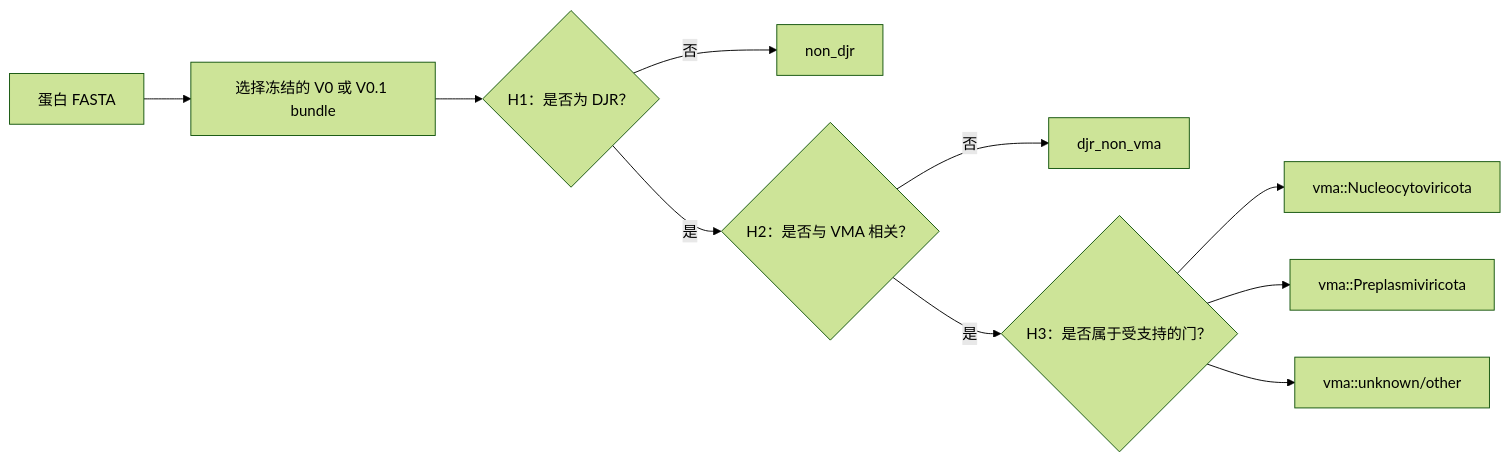
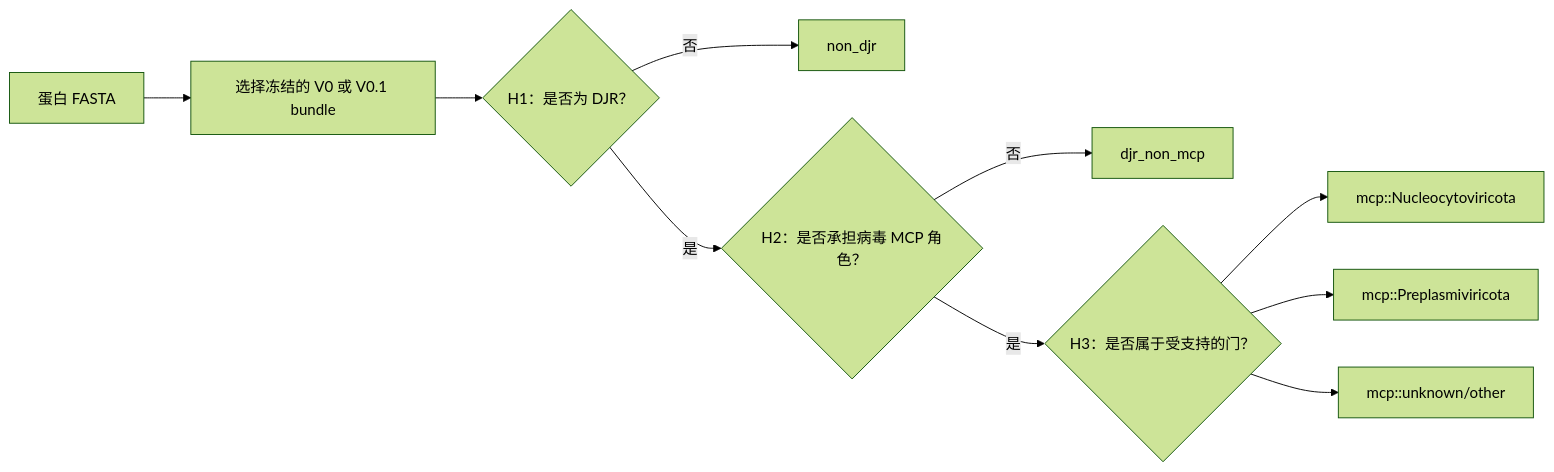
One commit to Hongda-Zhao/DJR-MCP-Finder changed the diagram in README.cn.md. Above: the diagram before and after it, drawn with Mermaid (forest theme). The commit also changed other lines of this file and 42 other files, not shown here.

````diff
--- a/README.cn.md
+++ b/README.cn.md
@@ -29,12 +29,12 @@
 ```mermaid
 flowchart LR
     A["蛋白 FASTA"] --> B["选择冻结的 V0 或 V0.1 bundle"]
     B --> H1{"H1：是否为 DJR？"}
     H1 -- "否" --> N["non_djr"]
-    H1 -- "是" --> H2{"H2：是否与 VMA 相关？"}
-    H2 -- "否" --> D["djr_non_vma"]
+    H1 -- "是" --> H2{"H2：是否承担病毒 MCP 角色？"}
+    H2 -- "否" --> D["djr_non_mcp"]
     H2 -- "是" --> H3{"H3：是否属于受支持的门？"}
-    H3 --> P1["vma::Nucleocytoviricota"]
-    H3 --> P2["vma::Preplasmiviricota"]
-    H3 --> U["vma::unknown/other"]
+    H3 --> P1["mcp::Nucleocytoviricota"]
+    H3 --> P2["mcp::Preplasmiviricota"]
+    H3 --> U["mcp::unknown/other"]
 ```
````
